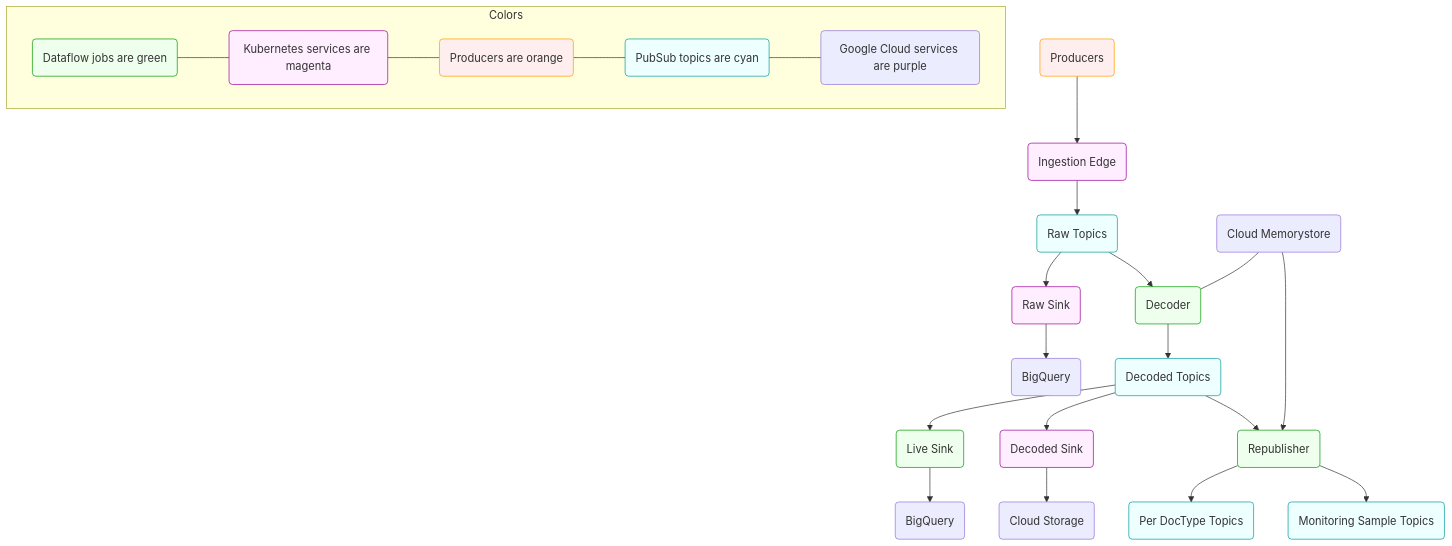
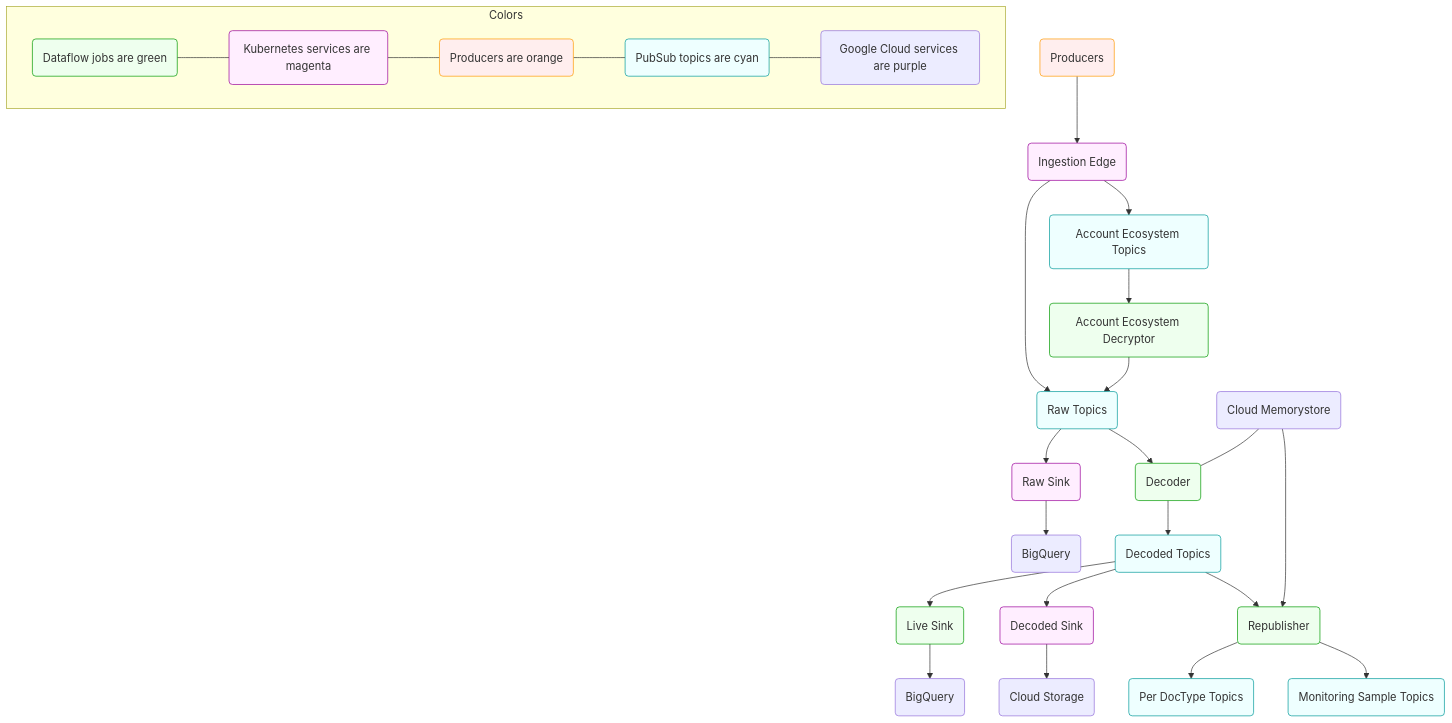
Before and after one commit to mozilla/gcp-ingestion: the diagram in docs/architecture/diagram.mmd, drawn with Mermaid. The commit also changed 5 other files, not shown here.

First line of the commit message:
Draft docs v2 for Account Ecosystem Telemetry

```diff
--- a/docs/architecture/diagram.mmd
+++ b/docs/architecture/diagram.mmd
@@ -1,47 +1,50 @@
 %% To install the mmdc command run:
 %%   npm install -g mermaid.cli
 %% To update this file run:
 %%   mmdc -i diagram.mmd -o diagram.svg
 %% Or use the docker wrapper in this repo (from the top-level directory):
 %%   ./bin/update-diagrams
 
 graph TD
 
 f1(Producers) --> k1(Ingestion Edge)
 k1 --> p1(Raw Topics)
+k1 --> p11(Account Ecosystem Topics)
+p11 --> d11(Account Ecosystem Decryptor)
+d11 --> p1
 p1 --> k2(Raw Sink)
 k2 --> c1(BigQuery)
 p1 --> d2(Decoder)
 m1(Cloud Memorystore) --- d2
 d2 --> p2(Decoded Topics)
 p2 --> d3(Live Sink)
 d3 --> b1(BigQuery)
 p2 --> k3(Decoded Sink)
 k3 --> c2(Cloud Storage)
 p2 --> d5(Republisher)
 m1 --> d5
 d5 --> p5(Per DocType Topics)
 d5 --> p6(Monitoring Sample Topics)
 
 subgraph Colors
     d(Dataflow jobs are green)
     k(Kubernetes services are magenta)
     f(Producers are orange)
     p(PubSub topics are cyan)
     g(Google Cloud services are purple)
 
     %% connect them to make the key vertical
     d --- k
     k --- f
     f --- p
     p --- g
 end
 
 classDef cyan fill:#eff,stroke:#099;
 classDef green fill:#efe,stroke:#090;
 classDef magenta fill:#fef,stroke:#909;
 classDef orange fill:#fee,stroke:#f90;
-class p,p0,p1,p2,p3,p4,p5,p6 cyan
-class d,d0,d2,d3,d5 green
+class p,p0,p1,p2,p3,p4,p5,p6,p11 cyan
+class d,d0,d2,d3,d5,d11 green
 class k,k0,k1,k2,k3 magenta
 class f,f1 orange
```
